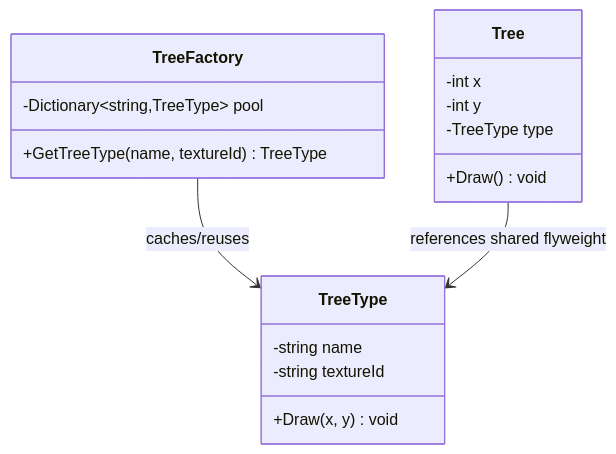
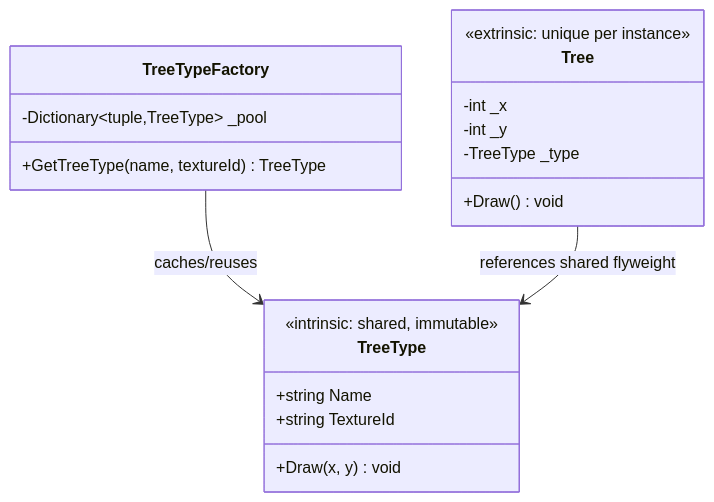
Before and after one commit to tushardongre1990/LLD-Claude: the diagram in 00-Foundations/04-Design-Patterns/Structural/Flyweight/notes.md, drawn with Mermaid. The commit also changed other lines of this file and 52 other files, not shown here.

First line of the commit message:
docs(03-SOLID, 04-Patterns): make notes self-contained; fix diagram/code drift

````diff
--- a/00-Foundations/04-Design-Patterns/Structural/Flyweight/notes.md
+++ b/00-Foundations/04-Design-Patterns/Structural/Flyweight/notes.md
@@ -14,20 +14,22 @@
 ```mermaid
 classDiagram
     class TreeType {
-        -string name
-        -string textureId
+        <<intrinsic: shared, immutable>>
+        +string Name
+        +string TextureId
         +Draw(x, y) void
     }
-    class TreeFactory {
-        -Dictionary~string,TreeType~ pool
+    class TreeTypeFactory {
+        -Dictionary~tuple,TreeType~ _pool
         +GetTreeType(name, textureId) TreeType
     }
     class Tree {
-        -int x
-        -int y
-        -TreeType type
+        <<extrinsic: unique per instance>>
+        -int _x
+        -int _y
+        -TreeType _type
         +Draw() void
     }
-    TreeFactory --> TreeType : caches/reuses
+    TreeTypeFactory --> TreeType : caches/reuses
     Tree --> TreeType : references shared flyweight
 ```
````
